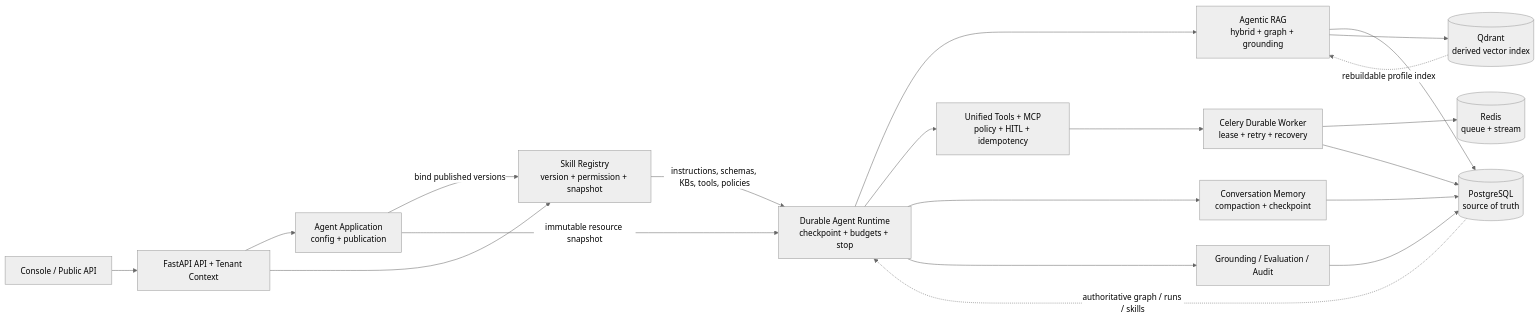
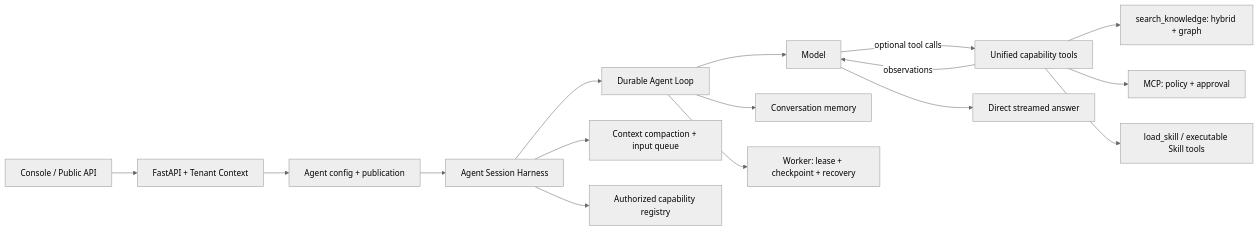
Before and after one commit to IQZZ020501/NexaFlow: the diagram in docs/agentic-platform-integration.md, drawn with Mermaid (neutral theme). The commit also changed other lines of this file and 47 other files, not shown here.

Commit message:
feat(agents): add session harness and retire grounding

````diff
--- a/docs/agentic-platform-integration.md
+++ b/docs/agentic-platform-integration.md
@@ -7,36 +7,18 @@
 ```mermaid
 flowchart LR
-  Client[Console / Public API]
-  API[FastAPI API + Tenant Context]
-  Skills[Skill Registry\nversion + permission + snapshot]
-  Agent[Agent Application\nconfig + publication]
-  Runtime[Durable Agent Runtime\ncheckpoint + budgets + stop]
-  RAG[Agentic RAG\nhybrid + graph + grounding]
-  Tools[Unified Tools + MCP\npolicy + HITL + idempotency]
-  Worker[Celery Durable Worker\nlease + retry + recovery]
-  Memory[Conversation Memory\ncompaction + checkpoint]
-  Eval[Grounding / Evaluation / Audit]
-  PG[(PostgreSQL\nsource of truth)]
-  Qdrant[(Qdrant\nderived vector index)]
-  Redis[(Redis\nqueue + stream)]
-
-  Client --> API
-  API --> Agent
-  API --> Skills
-  Agent -->|bind published versions| Skills
-  Agent -->|immutable resource snapshot| Runtime
-  Skills -->|instructions, schemas, KBs, tools, policies| Runtime
-  Runtime --> RAG
-  Runtime --> Tools
-  Runtime --> Memory
-  Runtime --> Eval
-  RAG --> PG
-  RAG --> Qdrant
-  Tools --> Worker
-  Worker --> Redis
-  Worker --> PG
-  Memory --> PG
-  Eval --> PG
-  PG -. authoritative graph / runs / skills .-> Runtime
-  Qdrant -. rebuildable profile index .-> RAG
+  Client[Console / Public API] --> API[FastAPI + Tenant Context]
+  API --> Agent[Agent config + publication]
+  Agent --> Harness[Agent Session Harness]
+  Harness --> Runtime[Durable Agent Loop]
+  Harness --> Context[Context compaction + input queue]
+  Harness --> Registry[Authorized capability registry]
+  Runtime --> Model[Model]
+  Model -->|optional tool calls| Tools[Unified capability tools]
+  Tools -->|observations| Model
+  Model --> Answer[Direct streamed answer]
+  Tools --> Knowledge[search_knowledge: hybrid + graph]
+  Tools --> MCP[MCP: policy + approval]
+  Tools --> Skills[load_skill / executable Skill tools]
+  Runtime --> Memory[Conversation memory]
+  Runtime --> Worker[Worker: lease + checkpoint + recovery]
 ```
````
